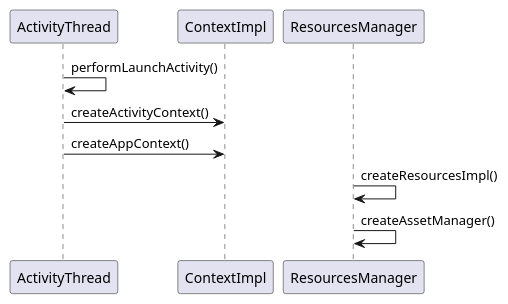
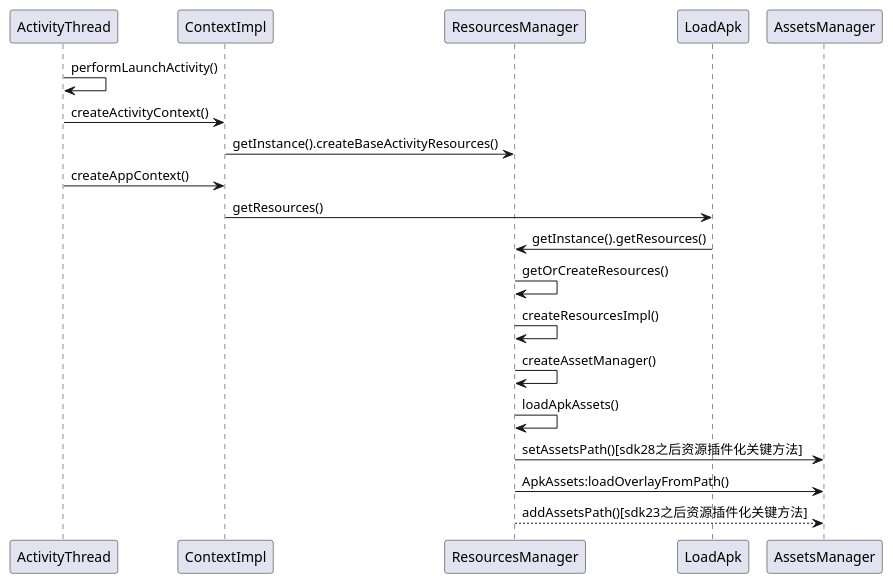
Before and after one commit to AFinalStone/0623_CSKinApplication: the diagram in 02_AssetsManager的创建过程.puml, drawn with PlantUML. The commit also changed 8 other files, not shown here.

Commit message:
添加项目配图

```diff
--- a/02_AssetsManager的创建过程.puml
+++ b/02_AssetsManager的创建过程.puml
@@ -1,12 +1,18 @@
 @startuml
 
 ActivityThread-> ActivityThread:performLaunchActivity()
 
 ActivityThread-> ContextImpl:createActivityContext()
+ContextImpl-> ResourcesManager:getInstance().createBaseActivityResources()
 ActivityThread-> ContextImpl:createAppContext()
-
+ContextImpl -> LoadApk:getResources()
+LoadApk -> ResourcesManager:getInstance().getResources()
+ResourcesManager -> ResourcesManager:getOrCreateResources()
 ResourcesManager-> ResourcesManager:createResourcesImpl()
 ResourcesManager-> ResourcesManager:createAssetManager()
-
+ResourcesManager-> ResourcesManager:loadApkAssets()
+ResourcesManager-> AssetsManager:setAssetsPath()[sdk28之后资源插件化关键方法]
+ResourcesManager-> AssetsManager:ApkAssets:loadOverlayFromPath()
+ResourcesManager--> AssetsManager:addAssetsPath()[sdk23之后资源插件化关键方法]
 
 @enduml
```
